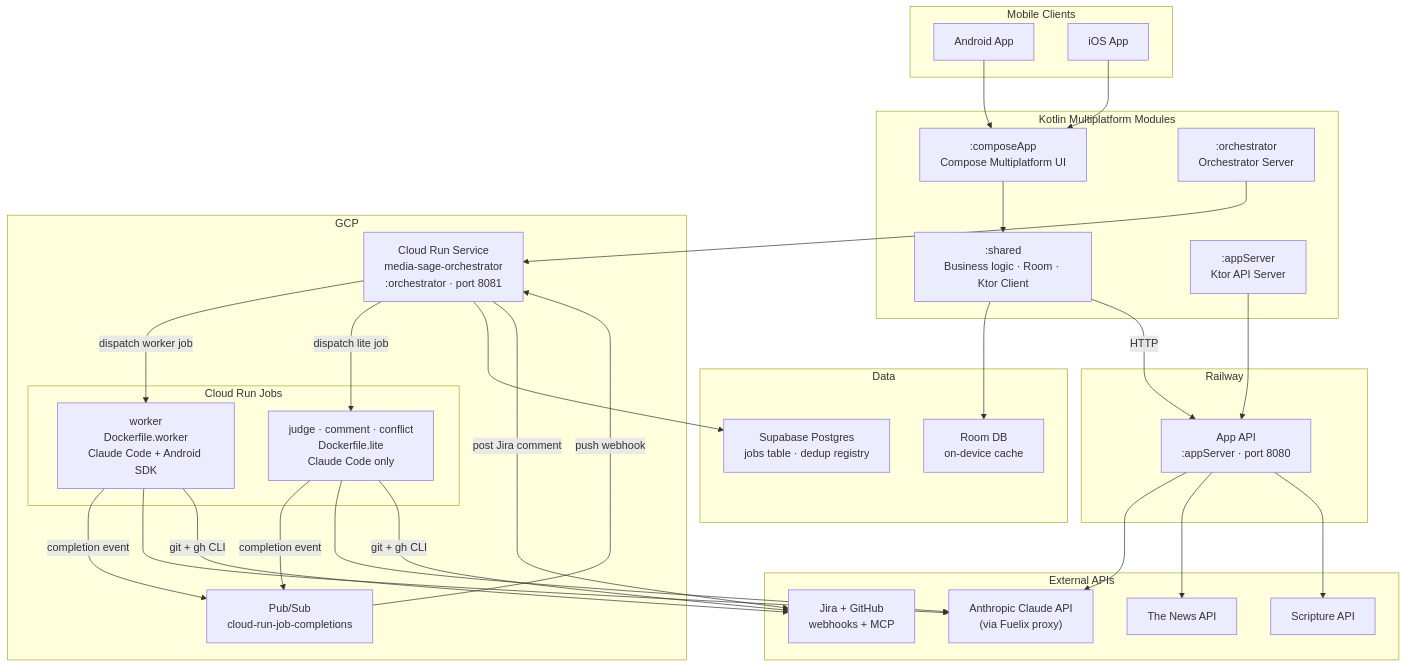
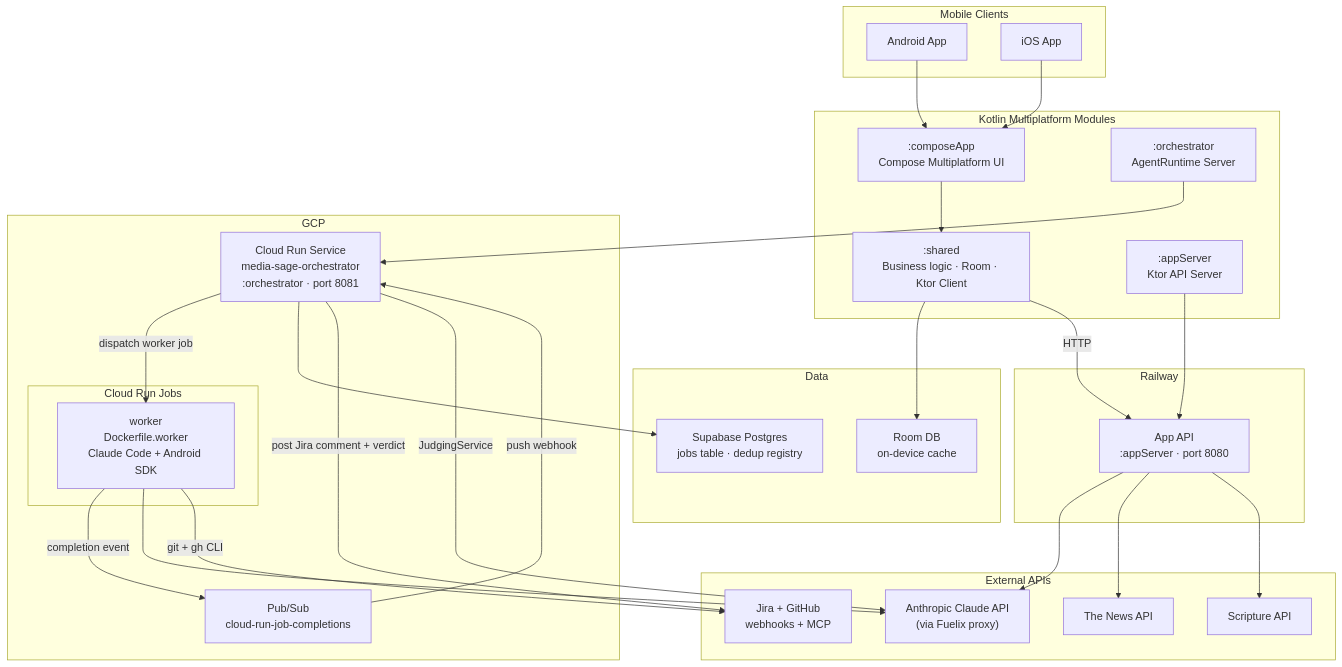
One commit to MicGon7/media-sage changed the diagram in docs/diagrams/infrastructure-overview.md. Above: the diagram before and after it, drawn with Mermaid. The commit also changed 94 other files, not shown here.

````diff
--- a/docs/diagrams/infrastructure-overview.md
+++ b/docs/diagrams/infrastructure-overview.md
@@ -3,62 +3,58 @@
 ```mermaid
 graph TB
     subgraph Clients["Mobile Clients"]
         Android["Android App"]
         iOS["iOS App"]
     end
 
     subgraph KMP["Kotlin Multiplatform Modules"]
         composeApp[":composeApp<br/>Compose Multiplatform UI"]
         shared[":shared<br/>Business logic · Room · Ktor Client"]
         server[":appServer<br/>Ktor API Server"]
-        agent[":orchestrator<br/>Orchestrator Server"]
+        agent[":orchestrator<br/>AgentRuntime Server"]
     end
 
     subgraph Railway["Railway"]
         AppAPI["App API<br/>:appServer · port 8080"]
     end
 
     subgraph GCP["GCP"]
         Orchestrator["Cloud Run Service<br/>media-sage-orchestrator<br/>:orchestrator · port 8081"]
         subgraph Jobs["Cloud Run Jobs"]
             WorkerJob["worker<br/>Dockerfile.worker<br/>Claude Code + Android SDK"]
-            LiteJobs["judge · comment · conflict<br/>Dockerfile.lite<br/>Claude Code only"]
         end
         PubSub["Pub/Sub<br/>cloud-run-job-completions"]
     end
 
     subgraph Data["Data"]
         Supabase["Supabase Postgres<br/>jobs table · dedup registry"]
         Room["Room DB<br/>on-device cache"]
     end
 
     subgraph External["External APIs"]
         Claude["Anthropic Claude API<br/>(via Fuelix proxy)"]
         NewsAPI["The News API"]
         Scripture["Scripture API"]
         JiraGH["Jira + GitHub<br/>webhooks + MCP"]
     end
 
     Android --> composeApp
     iOS --> composeApp
     composeApp --> shared
     shared --> Room
     shared -->|HTTP| AppAPI
     server --> AppAPI
     AppAPI --> Claude
     AppAPI --> NewsAPI
     AppAPI --> Scripture
 
     agent --> Orchestrator
     Orchestrator -->|dispatch worker job| WorkerJob
-    Orchestrator -->|dispatch lite job| LiteJobs
     Orchestrator --> Supabase
     WorkerJob -->|completion event| PubSub
-    LiteJobs -->|completion event| PubSub
     PubSub -->|push webhook| Orchestrator
     WorkerJob --> Claude
-    LiteJobs --> Claude
     WorkerJob -->|git + gh CLI| JiraGH
-    LiteJobs -->|git + gh CLI| JiraGH
-    Orchestrator -->|post Jira comment| JiraGH
+    Orchestrator -->|post Jira comment + verdict| JiraGH
+    Orchestrator -->|JudgingService| Claude
 ```
````
